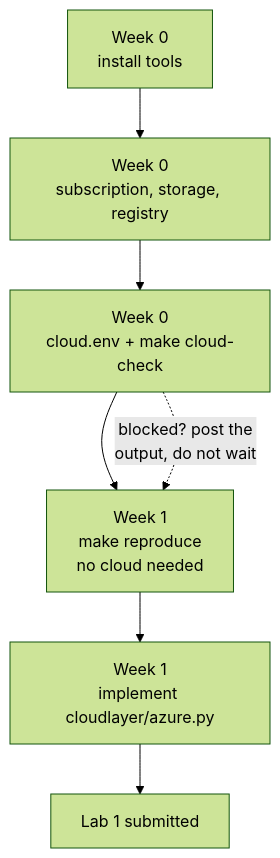
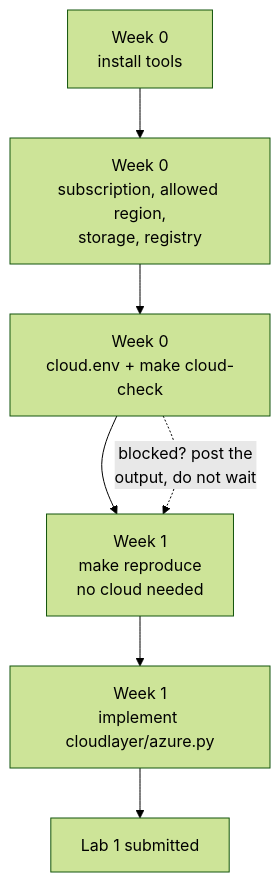
The diagram in course/getting-started-azure.md (pasdptt/public_teaching_mlaiops), drawn with Mermaid (forest theme) before and after one commit. The commit also changed other lines of this file and 1 other file, not shown here.

First line of the commit message:
Fix four Azure Week 0 steps that fail on a student subscription

````diff
--- a/course/getting-started-azure.md
+++ b/course/getting-started-azure.md
@@ -13,9 +13,9 @@
 ```mermaid
 flowchart TD
-    A["Week 0<br>install tools"] --> B["Week 0<br>subscription, storage, registry"]
+    A["Week 0<br>install tools"] --> B["Week 0<br>subscription, allowed region,<br>storage, registry"]
     B --> C["Week 0<br>cloud.env + make cloud-check"]
     C --> D["Week 1<br>make reproduce<br>no cloud needed"]
     D --> E["Week 1<br>implement cloudlayer/azure.py"]
     E --> F["Lab 1 submitted"]
     C -.->|"blocked? post the<br>output, do not wait"| D
 ```
````
